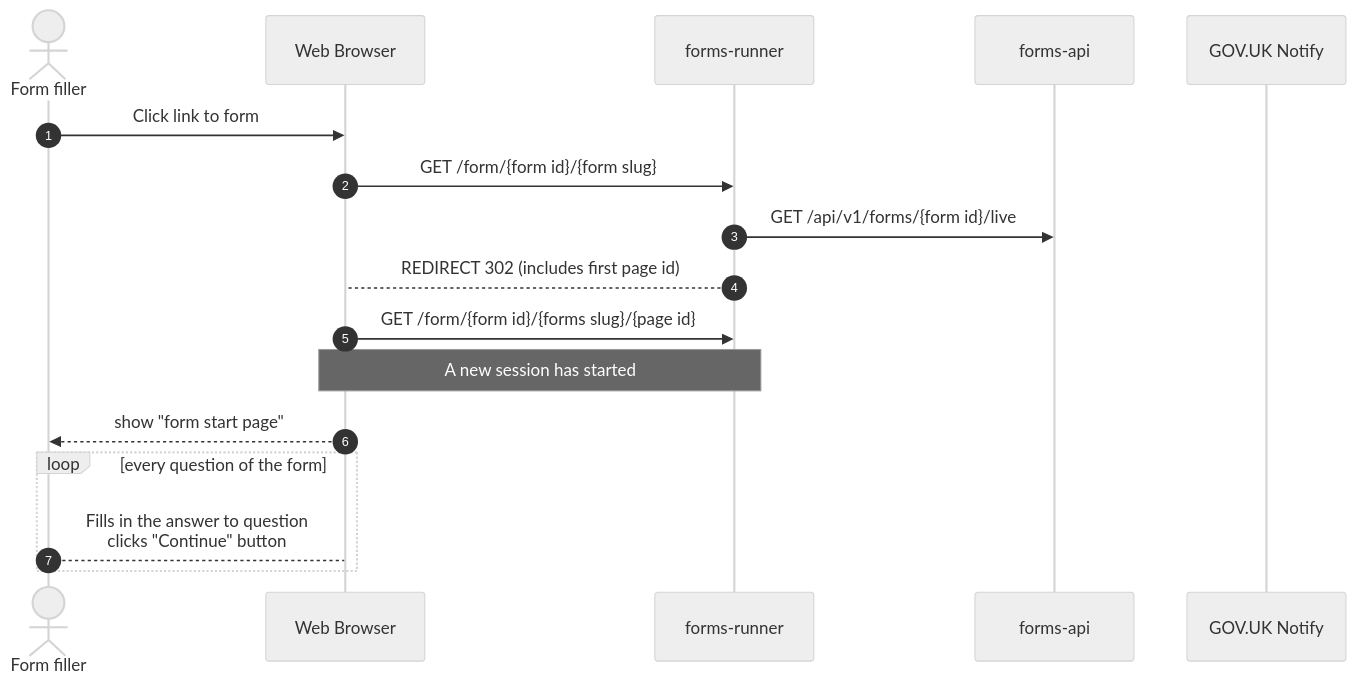
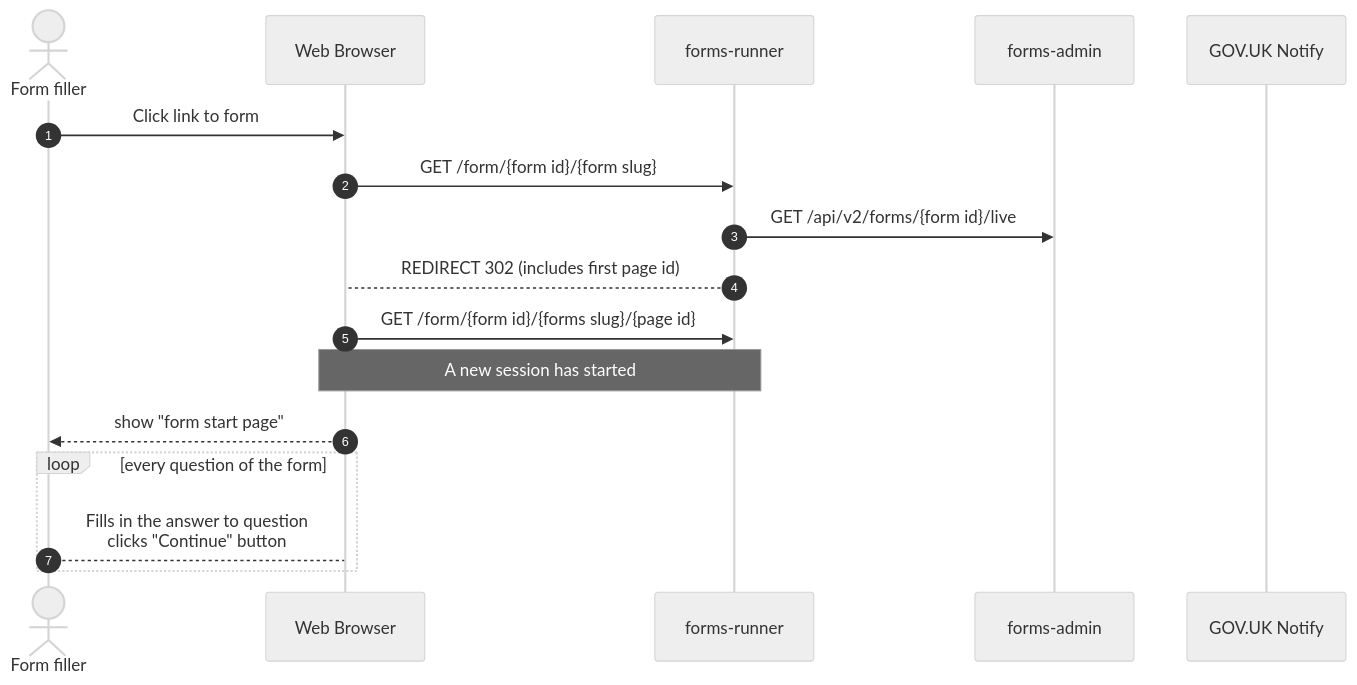
Before and after one commit to alphagov/forms: the second of 2 diagrams in diagrams/sequence-diagrams/filling-in-a-form.md, drawn with Mermaid (neutral theme). The commit also changed other lines of this file and 3 other files, not shown here.

First line of the commit message:
Remove forms-api from sequence diagrams

````diff
--- a/diagrams/sequence-diagrams/filling-in-a-form.md
+++ b/diagrams/sequence-diagrams/filling-in-a-form.md
@@ -57,20 +57,20 @@
 ```mermaid 
 sequenceDiagram
   %%{init:{"sequence": { "showSequenceNumbers": true }}}%%
   actor user as Form filler
   participant browser as Web Browser
   participant runner as forms-runner
-  participant api as forms-api
+  participant admin as forms-admin
   participant notify as GOV.UK Notify
 
   user->>browser: Click link to form
   browser->>runner: GET /form/{form id}/{form slug}
-  runner->>api: GET /api/v1/forms/{form id}/live
+  runner->>admin: GET /api/v2/forms/{form id}/live
   runner-->browser: REDIRECT 302 (includes first page id)
   browser->>runner: GET /form/{form id}/{forms slug}/{page id}
   Note over browser,runner: A new session has started 
   browser-->>user: show "form start page"
   loop every question of the form
     user-->browser: Fills in the answer to question<br>clicks "Continue" button
   end
 ```
````
